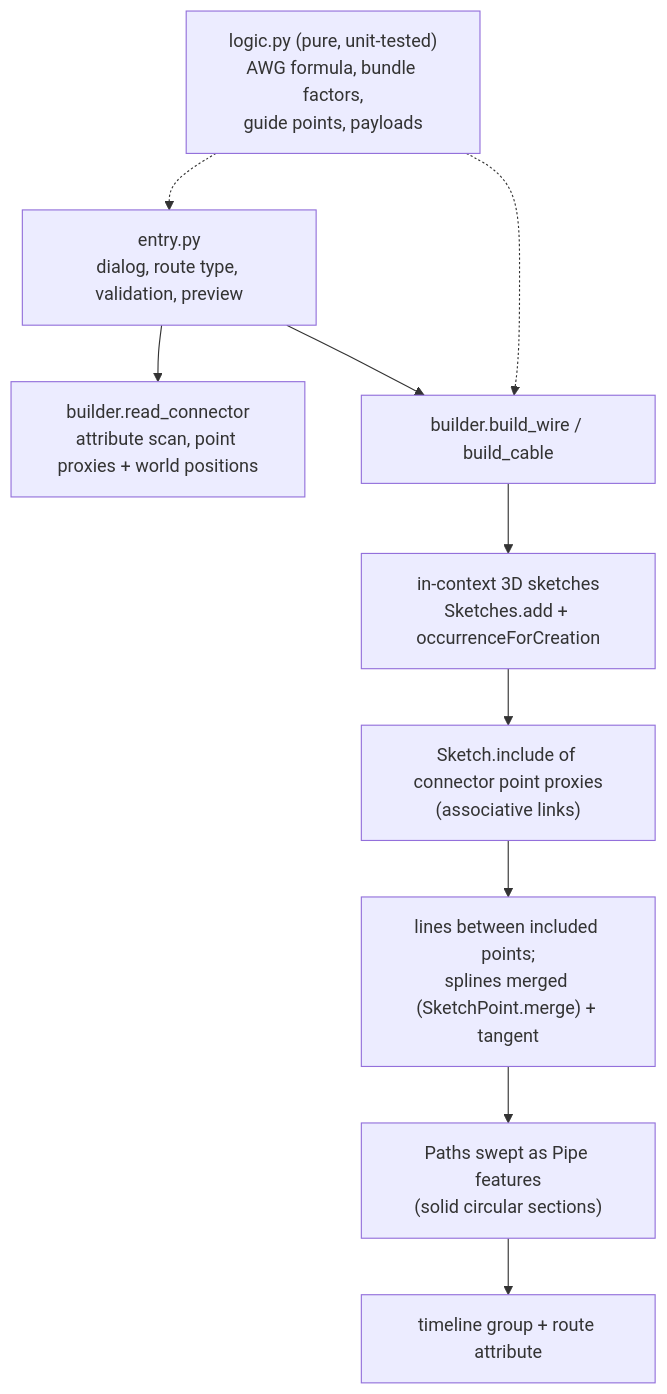
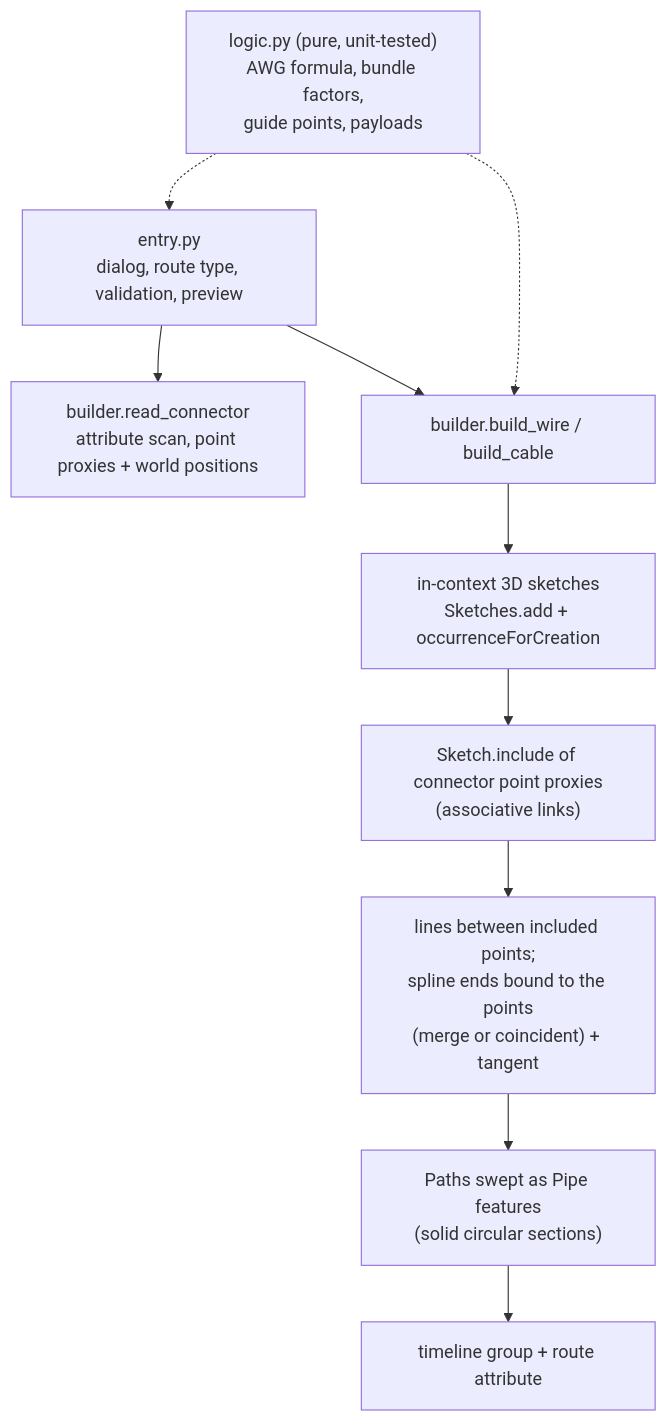
One commit to schneik80/PowerTools changed the diagram in docs/arch/Route Wire.md. Above: the diagram before and after it, drawn with Mermaid. The commit also changed other lines of this file and 1 other file, not shown here.

First line of the commit message:
fix: fan-out splines use explicit point-to-point coincident constraints

````diff
--- a/docs/arch/Route Wire.md
+++ b/docs/arch/Route Wire.md
@@ -16,12 +16,12 @@
 ```mermaid
 flowchart TD
     E["entry.py<br/>dialog, route type, validation, preview"] --> RC["builder.read_connector<br/>attribute scan, point proxies + world positions"]
     E --> B["builder.build_wire / build_cable"]
     B --> S["in-context 3D sketches<br/>Sketches.add + occurrenceForCreation"]
     S --> I["Sketch.include of connector point proxies<br/>(associative links)"]
-    I --> C["lines between included points;<br/>splines merged (SketchPoint.merge) + tangent"]
+    I --> C["lines between included points;<br/>spline ends bound to the points<br/>(merge or coincident) + tangent"]
     C --> P["Paths swept as Pipe features<br/>(solid circular sections)"]
     P --> T["timeline group + route attribute"]
     L["logic.py (pure, unit-tested)<br/>AWG formula, bundle factors,<br/>guide points, payloads"] -.-> E
     L -.-> B
 ```
````
